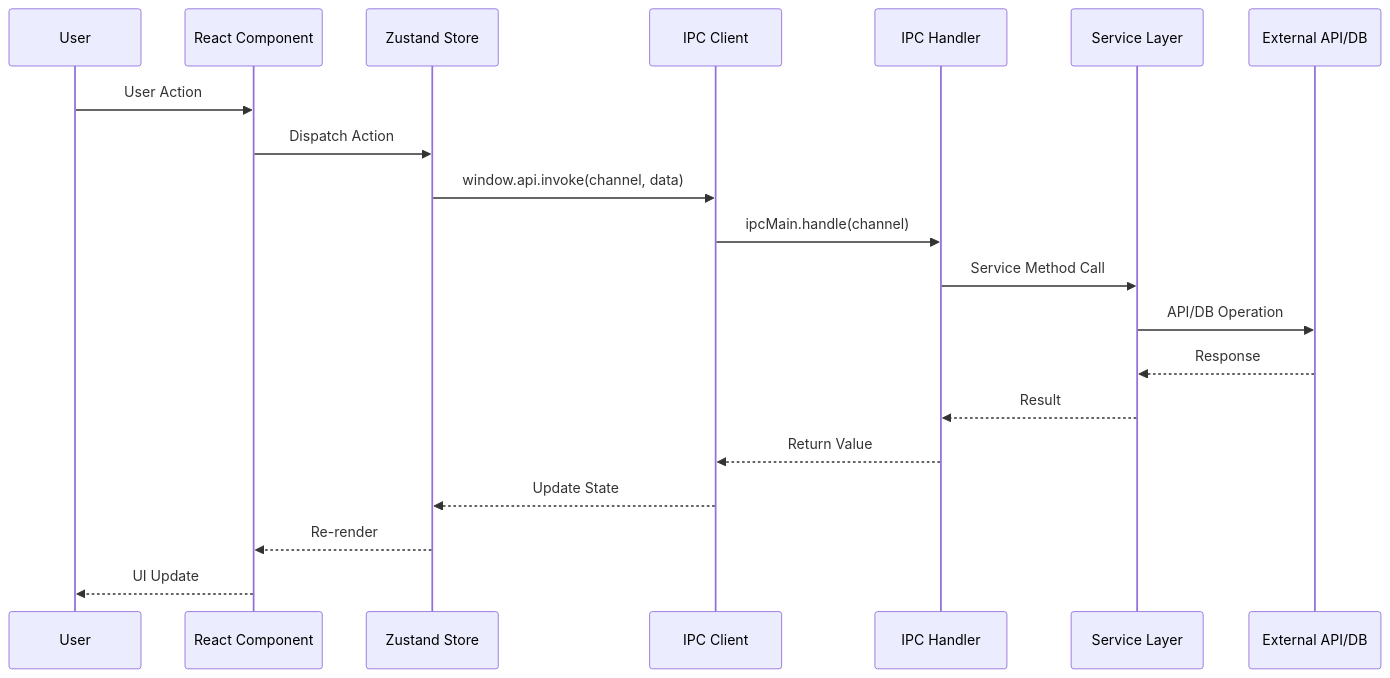
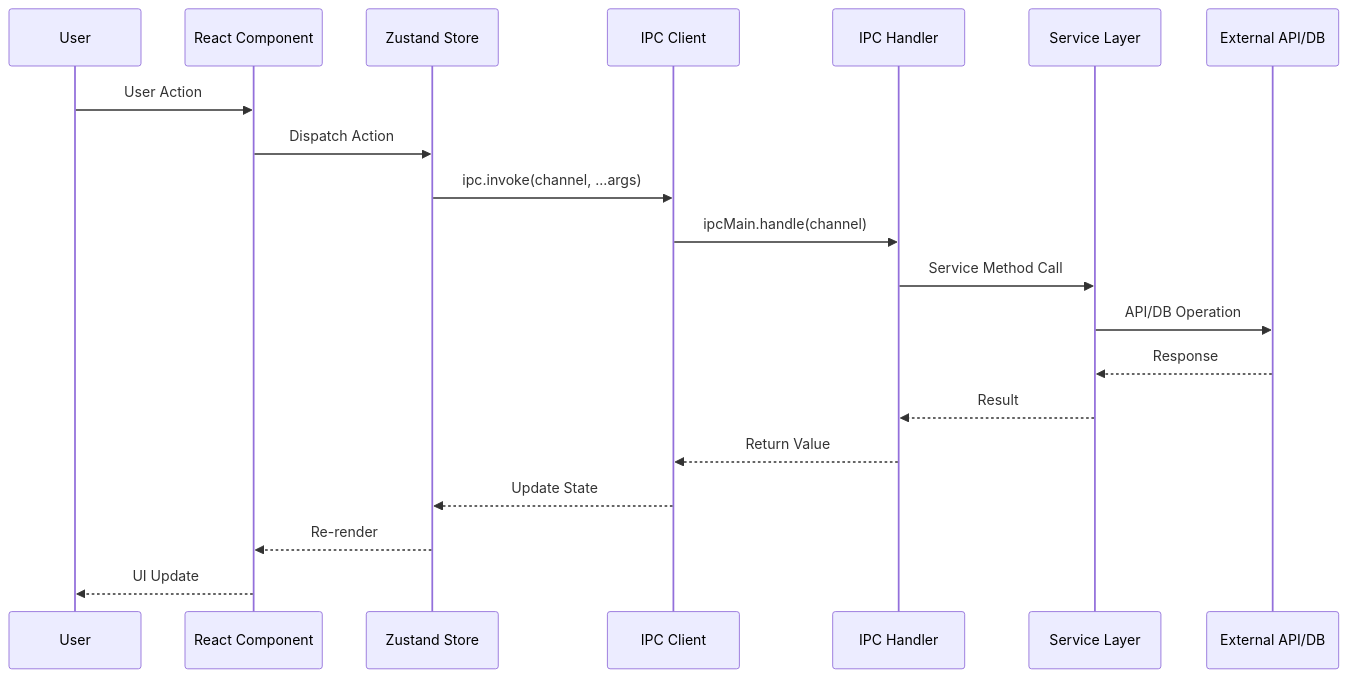
One commit to strawhatluka/cola-records changed the second of 16 diagrams in docs/architecture/mvc-flow.md. Above: the diagram before and after it, drawn with Mermaid. The commit also changed other lines of this file and 5 other files, not shown here.

````diff
--- a/docs/architecture/mvc-flow.md
+++ b/docs/architecture/mvc-flow.md
@@ -61,23 +61,23 @@
 ```mermaid
 sequenceDiagram
     participant User
     participant React as React Component
     participant Store as Zustand Store
     participant IPC as IPC Client
     participant Handler as IPC Handler
     participant Service as Service Layer
     participant External as External API/DB
 
     User->>React: User Action
     React->>Store: Dispatch Action
-    Store->>IPC: window.api.invoke(channel, data)
+    Store->>IPC: ipc.invoke(channel, ...args)
     IPC->>Handler: ipcMain.handle(channel)
     Handler->>Service: Service Method Call
     Service->>External: API/DB Operation
     External-->>Service: Response
     Service-->>Handler: Result
     Handler-->>IPC: Return Value
     IPC-->>Store: Update State
     Store-->>React: Re-render
     React-->>User: UI Update
 ```
````
